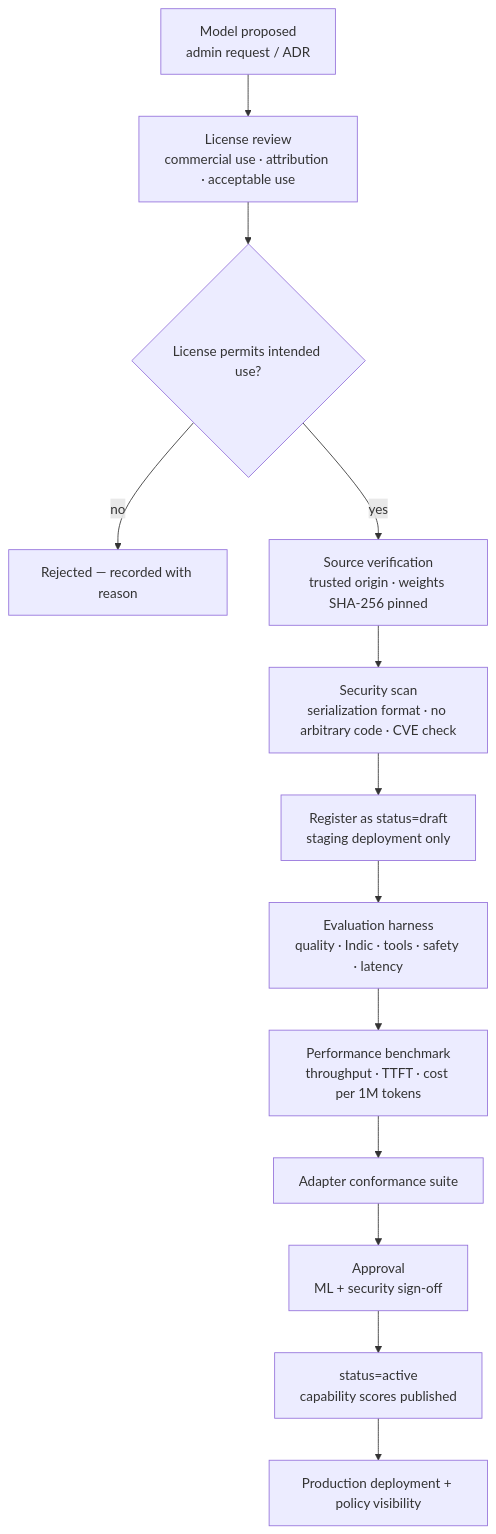
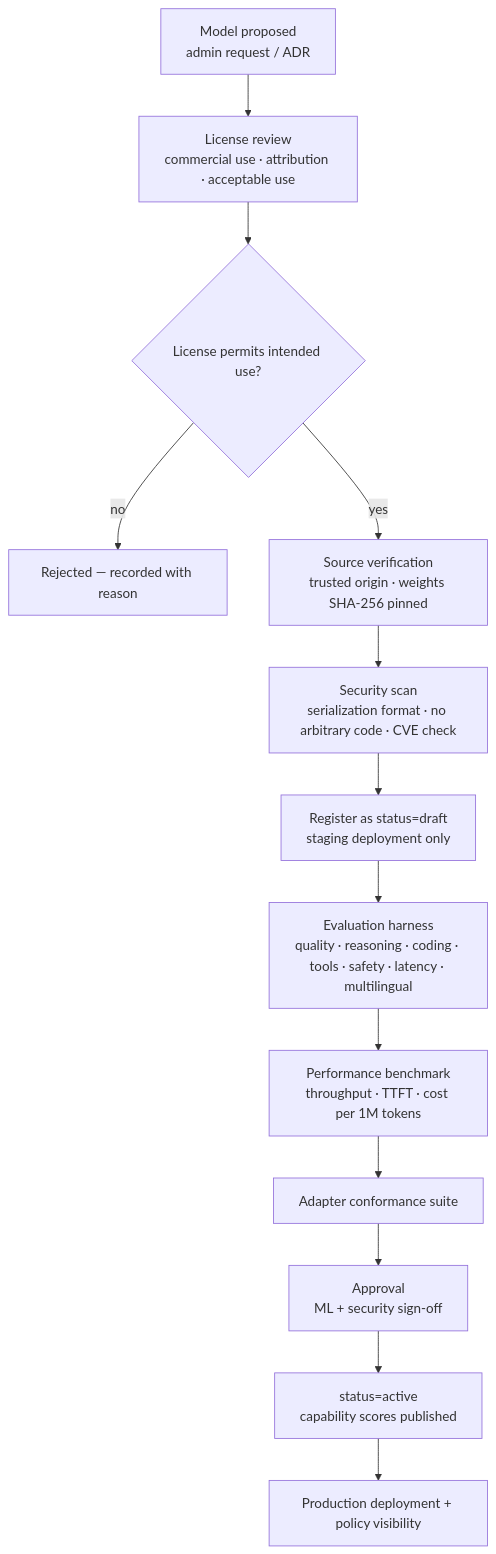
One commit to unimbekar/janus-ai changed the diagram in docs/model-registry.md. Above: the diagram before and after it, drawn with Mermaid. The commit also changed other lines of this file and 117 other files, not shown here.

````diff
--- a/docs/model-registry.md
+++ b/docs/model-registry.md
@@ -203,15 +241,15 @@
 ```mermaid
 flowchart TB
   D["Model proposed<br/>admin request / ADR"] --> L["License review<br/>commercial use · attribution · acceptable use"]
   L --> LOK{"License permits intended use?"}
   LOK -- no --> REJ["Rejected — recorded with reason"]
   LOK -- yes --> SRC["Source verification<br/>trusted origin · weights SHA-256 pinned"]
   SRC --> SCAN["Security scan<br/>serialization format · no arbitrary code · CVE check"]
   SCAN --> STAGE["Register as status=draft<br/>staging deployment only"]
-  STAGE --> EVAL["Evaluation harness<br/>quality · Indic · tools · safety · latency"]
+  STAGE --> EVAL["Evaluation harness<br/>quality · reasoning · coding · tools · safety · latency · multilingual"]
   EVAL --> BENCH["Performance benchmark<br/>throughput · TTFT · cost per 1M tokens"]
   BENCH --> CONF["Adapter conformance suite"]
   CONF --> REV["Approval<br/>ML + security sign-off"]
   REV --> ACT["status=active<br/>capability scores published"]
   ACT --> PROD["Production deployment + policy visibility"]
 ```
````
